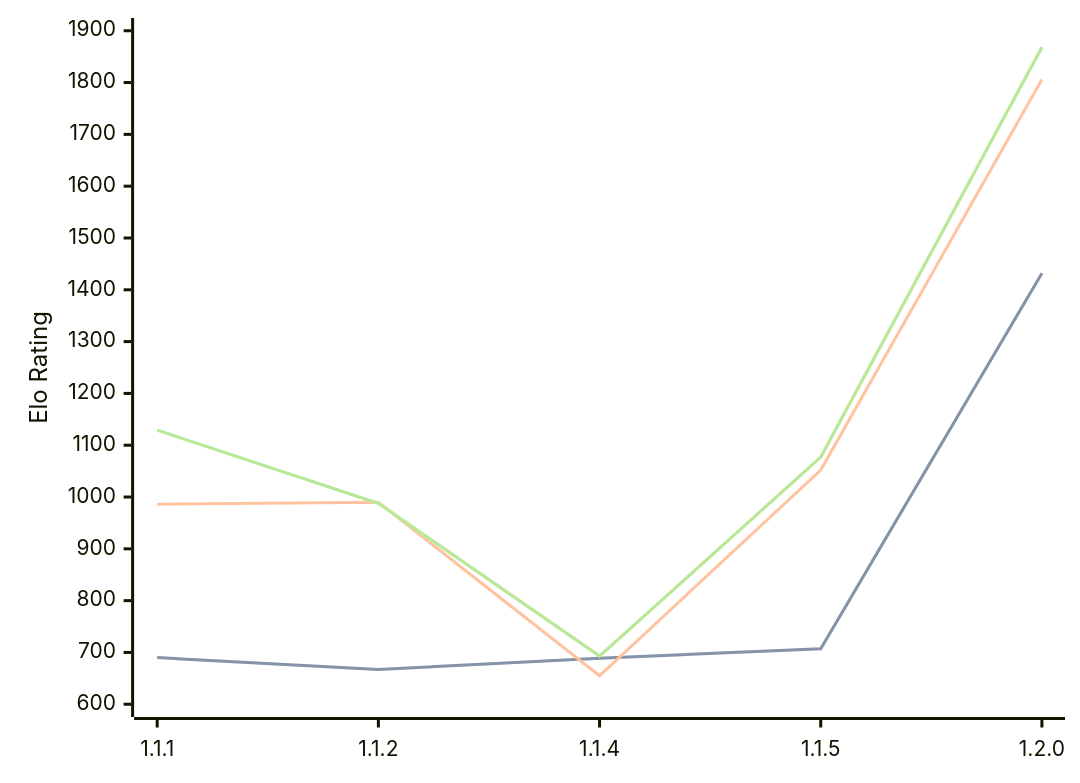
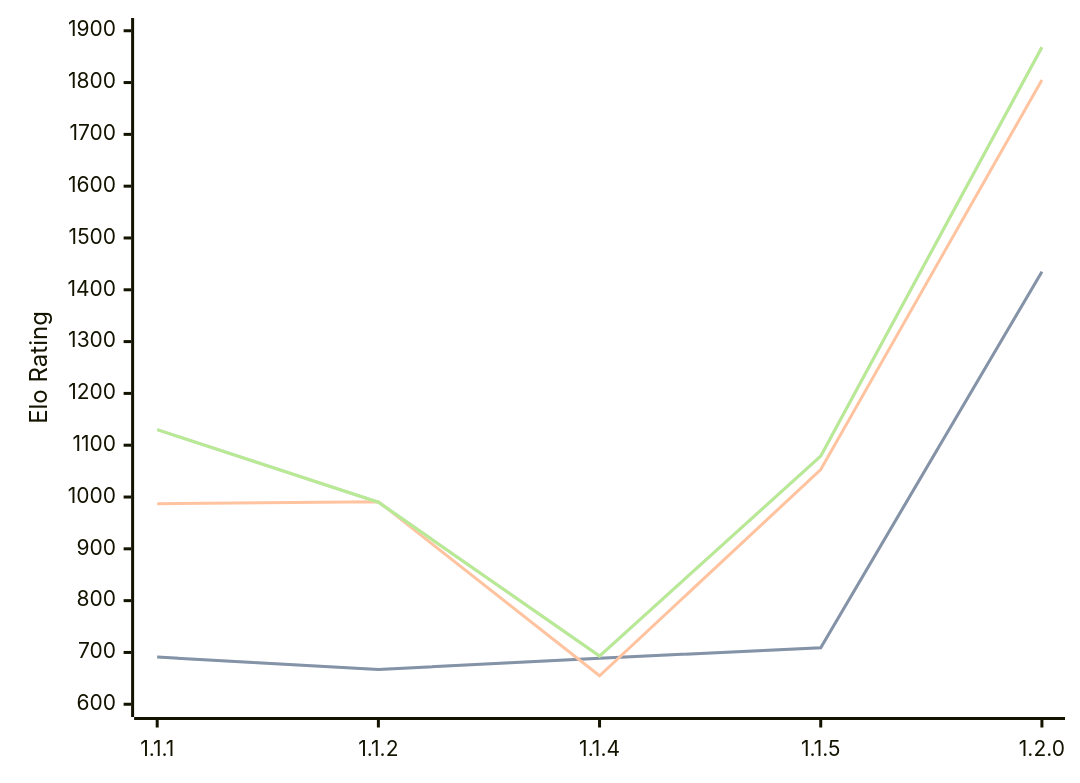
The diagram in engines/ChessCore.md (computer-chess-index/cci), drawn with Mermaid before and after one commit. The commit also changed other lines of this file, not shown here.

Commit message:
Update CCI Ratings (ELO VLTC) - 2026-08-26

````diff
--- a/engines/ChessCore.md
+++ b/engines/ChessCore.md
@@ -36,11 +36,11 @@
 ```mermaid
 %%{init: {"theme":"base","themeVariables":{"seriesColors:['#a3a3a3','#222221','#faa371']}}}%%
 xychart-beta
   x-axis ["1.1.1", "1.1.2", "1.1.4", "1.1.5", "1.2.0"]
   y-axis "Elo Rating" 600 --> 1900
-  line "STC (8.0+0.08s)" [690, 667, 689, 707, 1432]
-  line "STC (8.0+0.08s)" [690, 667, 689, 707, 1432]
-  line "LTC (60.0+0.60s)" [986, 990, 655, 1052, 1806]
-  line "VLTC (2m24s+1.12s)" [1129, 988, 693, 1077, 1868]
-  line "VLTC (2m24s+1.12s)" [1129, 988, 693, 1077, 1868]
+  line "STC (8.0+0.08s)" [691, 667, 689, 709, 1435]
+  line "STC (8.0+0.08s)" [691, 667, 689, 709, 1435]
+  line "LTC (60.0+0.60s)" [987, 991, 655, 1053, 1805]
+  line "VLTC (2m24s+1.12s)" [1130, 990, 693, 1079, 1868]
+  line "VLTC (2m24s+1.12s)" [1130, 990, 693, 1079, 1868]
 ```
````
